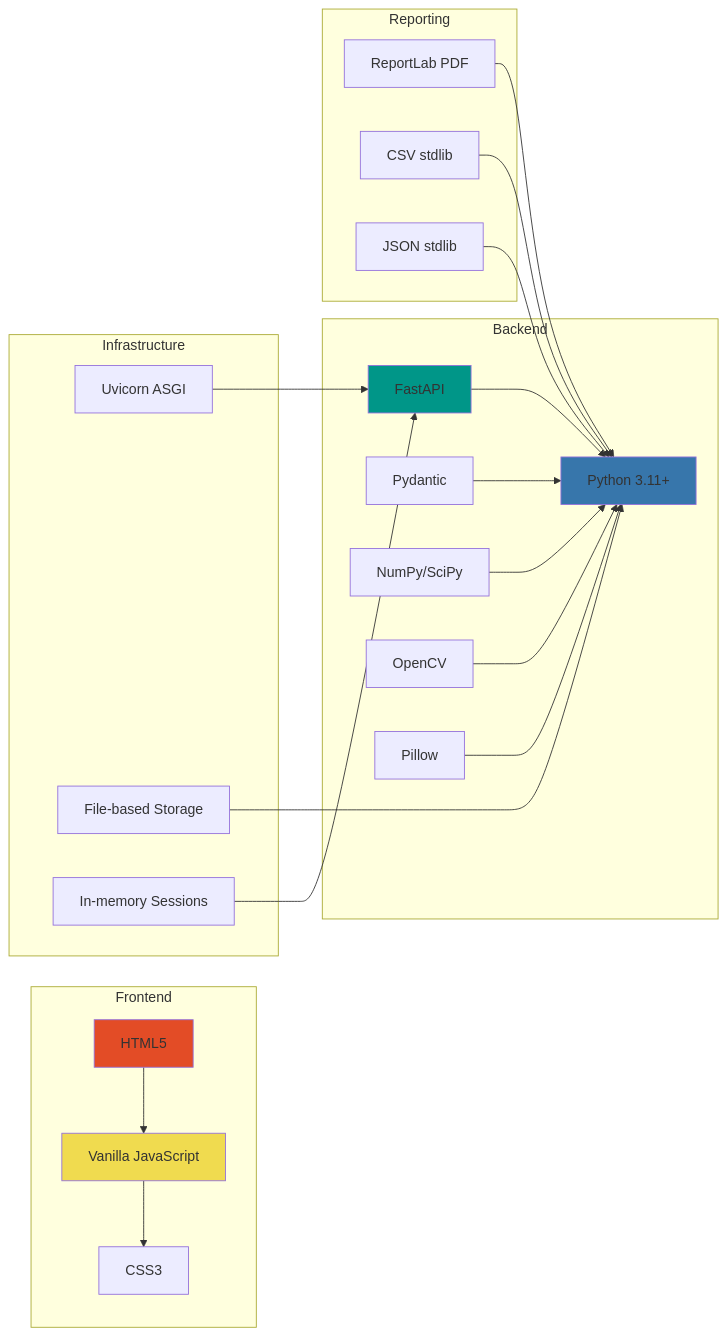
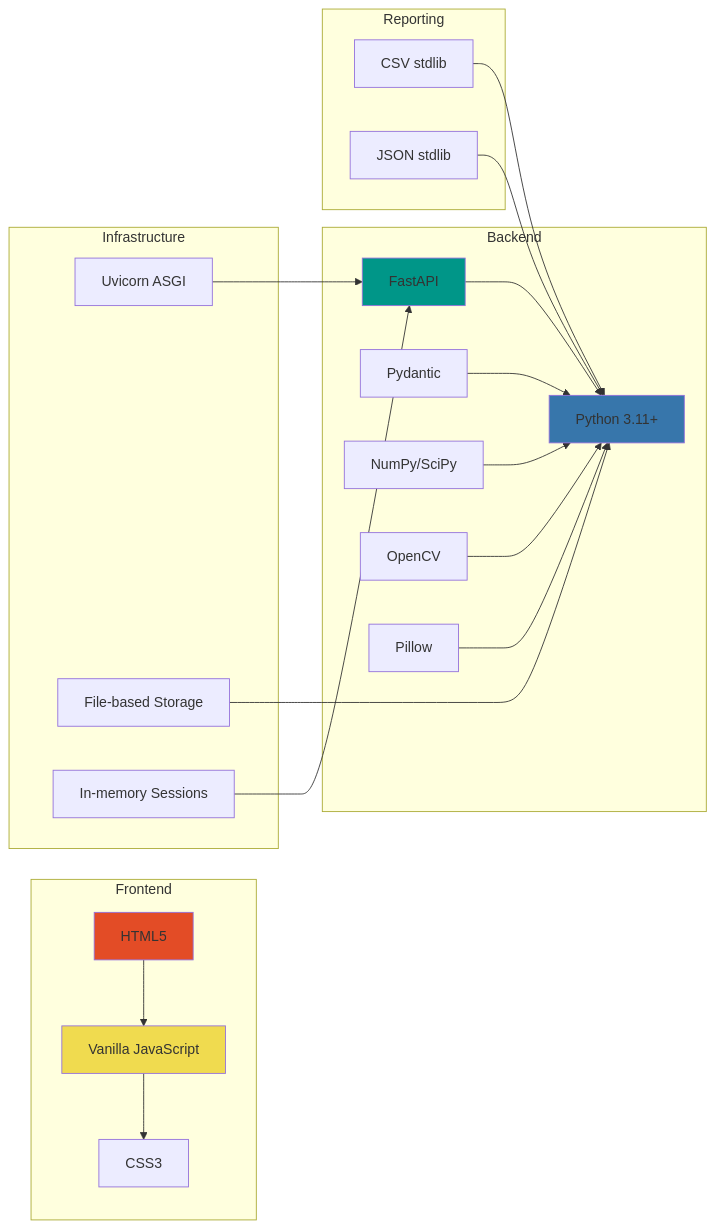
The eighth of 9 diagrams in docs/ARCHITECTURE.md (satyaki-mitra/ImageForensics-AI), drawn with Mermaid before and after one commit. The commit also changed other lines of this file and 4 other files, not shown here.

````diff
--- a/docs/ARCHITECTURE.md
+++ b/docs/ARCHITECTURE.md
@@ -374,51 +381,49 @@
 ```mermaid
 graph LR
     subgraph "Backend"
         B1[Python 3.11+]
         B2[FastAPI]
         B3[Pydantic]
         B4[NumPy/SciPy]
         B5[OpenCV]
         B6[Pillow]
     end
     
     subgraph "Frontend"
         F1[HTML5]
         F2[Vanilla JavaScript]
         F3[CSS3]
     end
     
     subgraph "Reporting"
-        R1[ReportLab PDF]
         R2[CSV stdlib]
         R3[JSON stdlib]
     end
     
     subgraph "Infrastructure"
         I1[Uvicorn ASGI]
         I2[File-based Storage]
         I3[In-memory Sessions]
     end
     
     B2 --> B1
     B3 --> B1
     B4 --> B1
     B5 --> B1
     B6 --> B1
     
     F1 --> F2
     F2 --> F3
     
-    R1 --> B1
     R2 --> B1
     R3 --> B1
     
     I1 --> B2
     I2 --> B1
     I3 --> B2
     
     style B1 fill:#3776ab
     style B2 fill:#009688
     style F1 fill:#e34c26
     style F2 fill:#f0db4f
 ```
````
